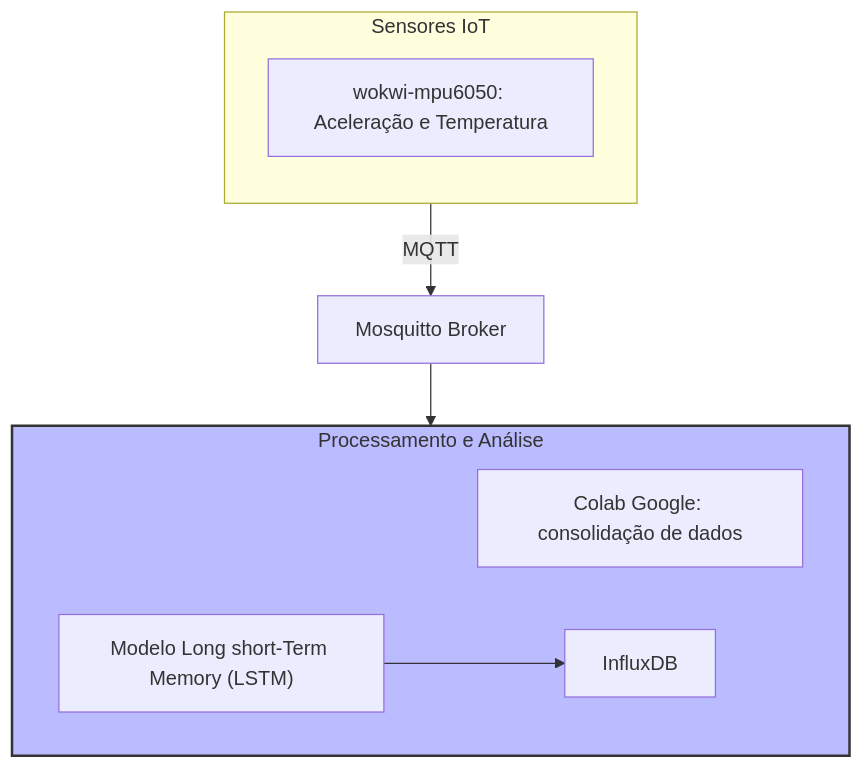
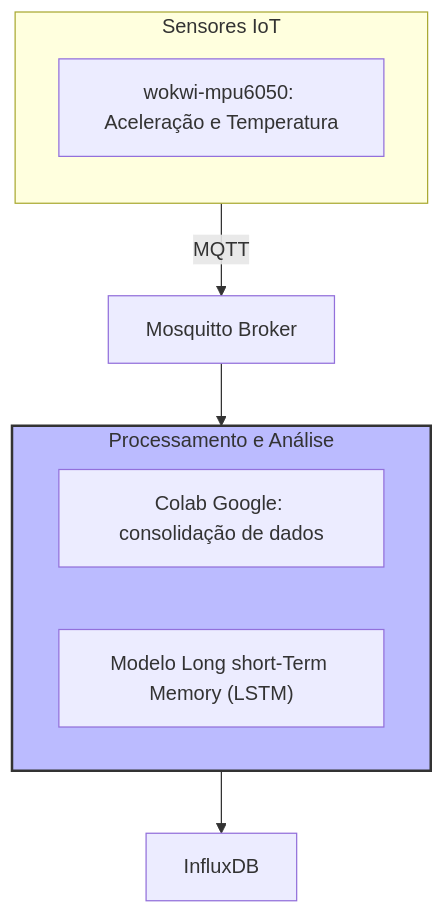
One commit to 2024S2-CCIoT/anthon_hax changed the second of 2 diagrams in artigo.md. Above: the diagram before and after it, drawn with Mermaid.

````diff
--- a/artigo.md
+++ b/artigo.md
@@ -66,33 +66,34 @@
 ```mermaid
 flowchart TD
     subgraph IoT_Sensors["Sensores IoT"]
         direction TB
         Sensor1["wokwi-mpu6050: Aceleração e Temperatura"]
     end
     
         direction LR
         MQTT["Mosquitto Broker"]
 
     subgraph Processamento["Processamento e Análise"]
         direction LR
         Colab["Colab Google: consolidação de dados"]
         MLModel["Modelo Long short-Term Memory (LSTM)"]
+    end
+        direction LR
         Data["InfluxDB"]
-    end
 
 
     %% Fluxos de Dados
     Sensor1 -->|MQTT| MQTT
     MQTT --> MLModel
     MLModel --> Data
 
 
     %% Legend
     classDef protocolo fill:#f9f,stroke:#333,stroke-width:2px;
     classDef processamento fill:#bbf,stroke:#333,stroke-width:2px;
     classDef gerenciamento fill:#bfb,stroke:#333,stroke-width:2px;
     
     class Protocolos protocolo;
     class Processamento processamento;
     class Gerenciamento gerenciamento;
 ```
````
